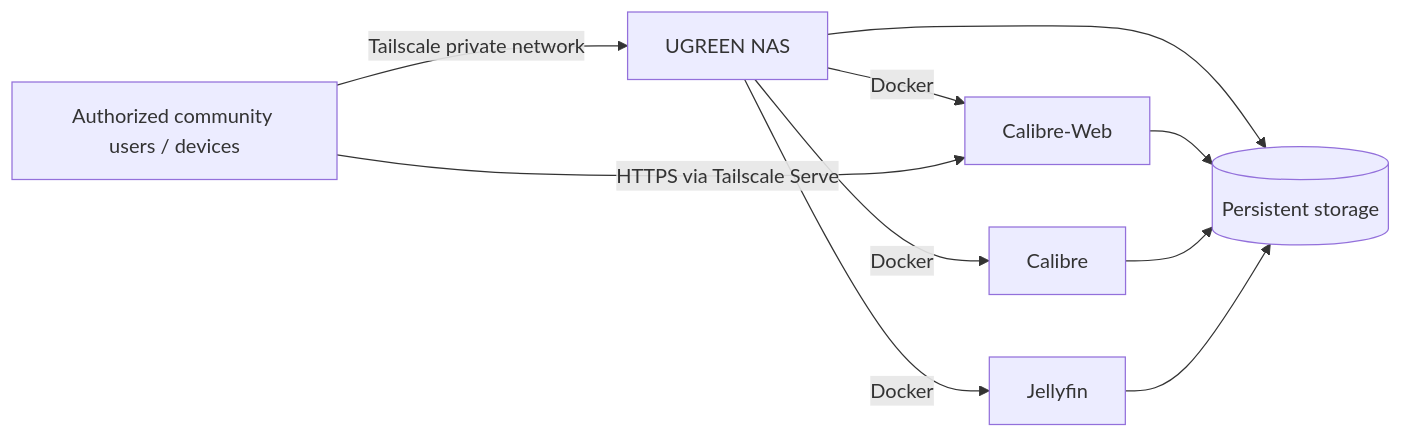
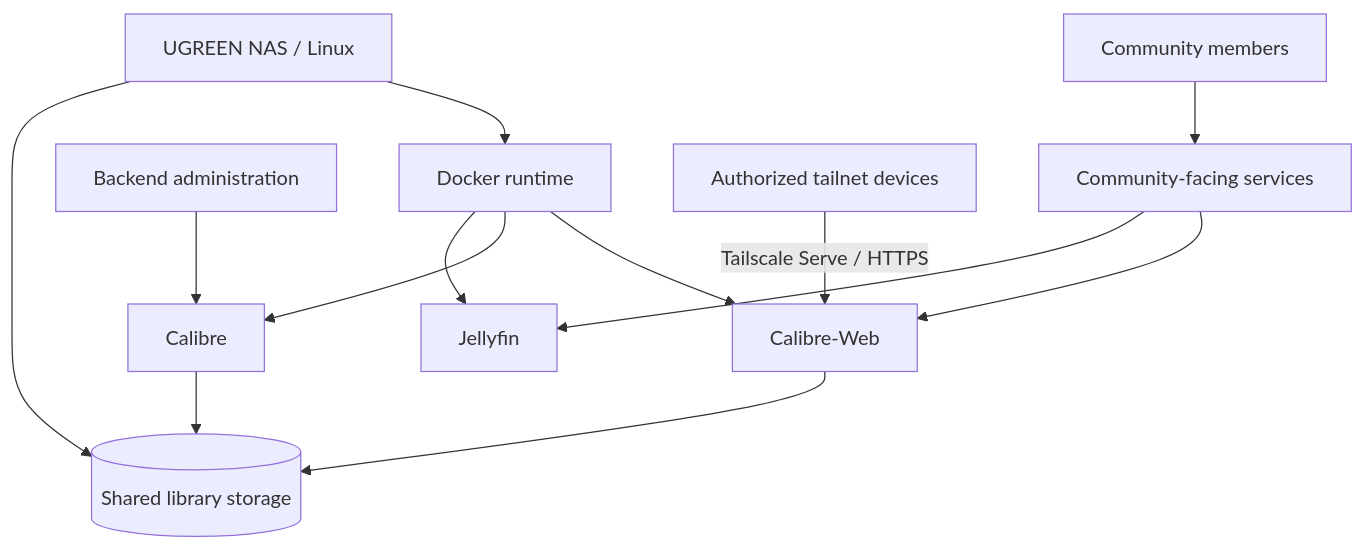
The diagram in architecture/README.md (lux042/homelab), drawn with Mermaid before and after one commit. The commit also changed other lines of this file, not shown here.

Commit message:
Polish employer-facing Calibre operations case study and architecture

````diff
--- a/architecture/README.md
+++ b/architecture/README.md
@@ -5,12 +5,15 @@
 ```mermaid
-flowchart LR
-    Clients[Authorized community users / devices] -->|Tailscale private network| Host[UGREEN NAS]
-    Host -->|Docker| CW[Calibre-Web]
-    Host -->|Docker| C[Calibre]
-    Host -->|Docker| J[Jellyfin]
-    Host --> Vol[(Persistent storage)]
-    CW --> Vol
-    C --> Vol
-    J --> Vol
-    Clients -->|HTTPS via Tailscale Serve| CW
+flowchart TD
+    Members[Community members] --> Interfaces[Community-facing services]
+    Interfaces --> CW[Calibre-Web]
+    Interfaces --> Jellyfin[Jellyfin]
+    CW --> Library[(Shared library storage)]
+    Admin[Backend administration] --> Calibre[Calibre]
+    Calibre --> Library
+    NAS[UGREEN NAS / Linux] --> Docker[Docker runtime]
+    Docker --> CW
+    Docker --> Calibre
+    Docker --> Jellyfin
+    NAS --> Library
+    Devices[Authorized tailnet devices] -->|Tailscale Serve / HTTPS| CW
 ```
````
